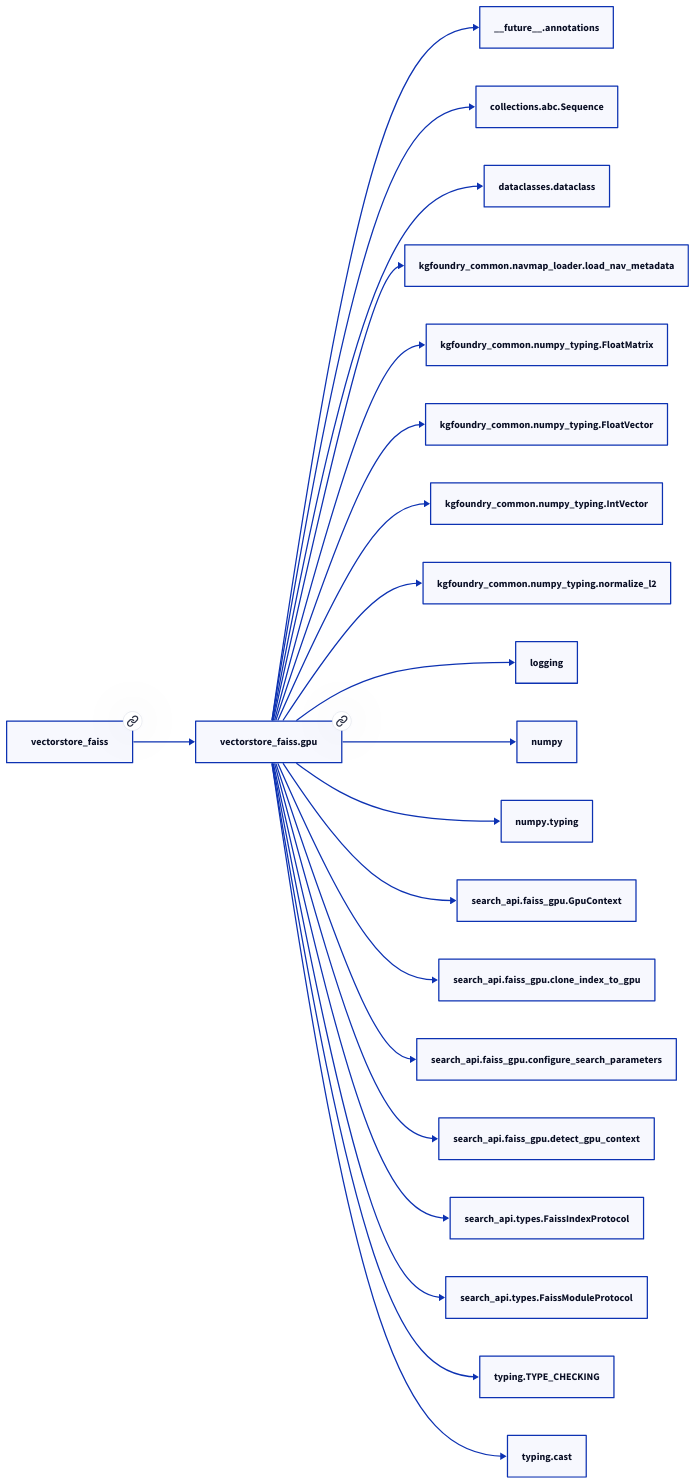
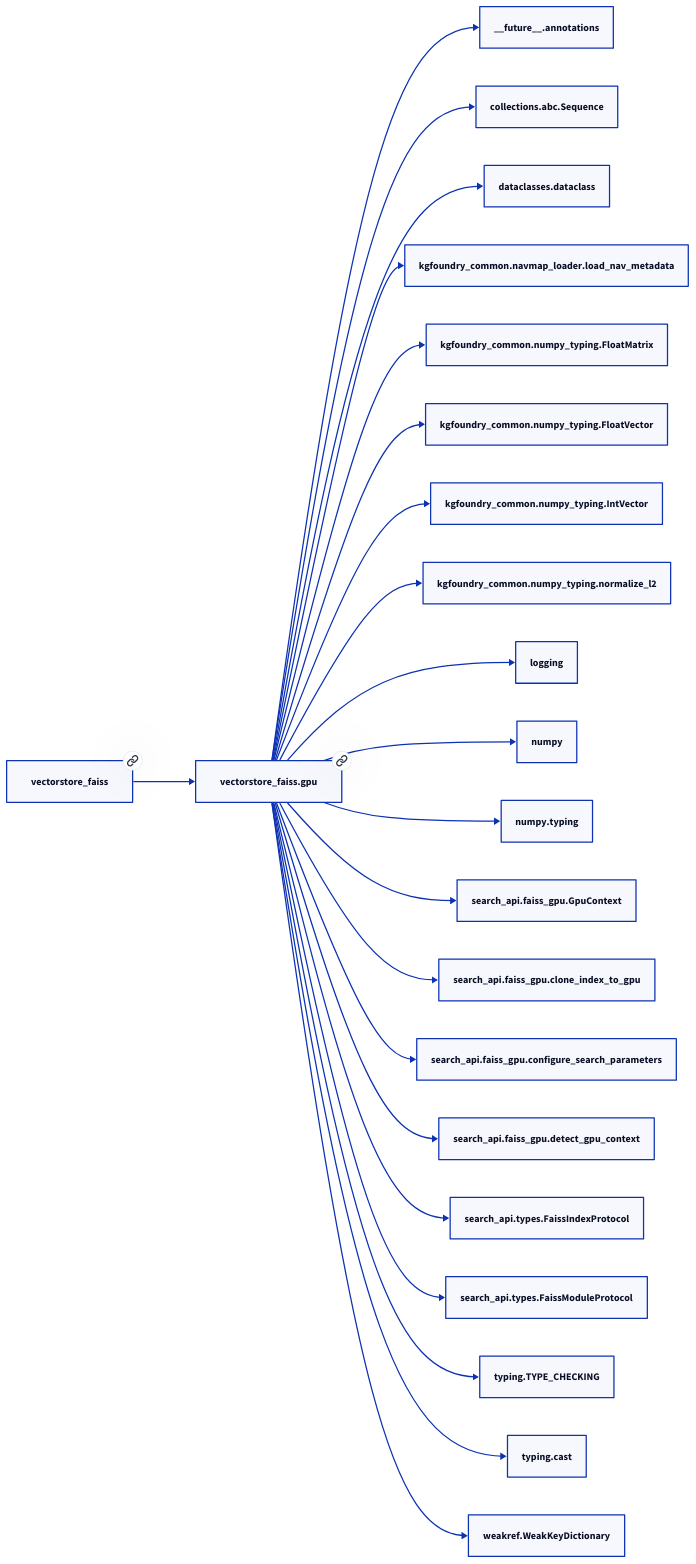
The second of 2 diagrams in docs/modules/vectorstore_faiss/gpu.md (paul-heyse/kgforge), drawn with D2 before and after one commit. The commit also changed other lines of this file and 45 other files, not shown here.

````diff
--- a/docs/modules/vectorstore_faiss/gpu.md
+++ b/docs/modules/vectorstore_faiss/gpu.md
@@ -38,44 +54,46 @@
 ```d2
 direction: right
 "vectorstore_faiss.gpu": "vectorstore_faiss.gpu" { link: "https://github.com/paul-heyse/kgfoundry/blob/main/src/vectorstore_faiss/gpu.py" }
 "__future__.annotations": "__future__.annotations"
 "vectorstore_faiss.gpu" -> "__future__.annotations"
 "collections.abc.Sequence": "collections.abc.Sequence"
 "vectorstore_faiss.gpu" -> "collections.abc.Sequence"
 "dataclasses.dataclass": "dataclasses.dataclass"
 "vectorstore_faiss.gpu" -> "dataclasses.dataclass"
 "kgfoundry_common.navmap_loader.load_nav_metadata": "kgfoundry_common.navmap_loader.load_nav_metadata"
 "vectorstore_faiss.gpu" -> "kgfoundry_common.navmap_loader.load_nav_metadata"
 "kgfoundry_common.numpy_typing.FloatMatrix": "kgfoundry_common.numpy_typing.FloatMatrix"
 "vectorstore_faiss.gpu" -> "kgfoundry_common.numpy_typing.FloatMatrix"
 "kgfoundry_common.numpy_typing.FloatVector": "kgfoundry_common.numpy_typing.FloatVector"
 "vectorstore_faiss.gpu" -> "kgfoundry_common.numpy_typing.FloatVector"
 "kgfoundry_common.numpy_typing.IntVector": "kgfoundry_common.numpy_typing.IntVector"
 "vectorstore_faiss.gpu" -> "kgfoundry_common.numpy_typing.IntVector"
 "kgfoundry_common.numpy_typing.normalize_l2": "kgfoundry_common.numpy_typing.normalize_l2"
 "vectorstore_faiss.gpu" -> "kgfoundry_common.numpy_typing.normalize_l2"
 "logging": "logging"
 "vectorstore_faiss.gpu" -> "logging"
 "numpy": "numpy"
 "vectorstore_faiss.gpu" -> "numpy"
 "numpy.typing": "numpy.typing"
 "vectorstore_faiss.gpu" -> "numpy.typing"
 "search_api.faiss_gpu.GpuContext": "search_api.faiss_gpu.GpuContext"
 "vectorstore_faiss.gpu" -> "search_api.faiss_gpu.GpuContext"
 "search_api.faiss_gpu.clone_index_to_gpu": "search_api.faiss_gpu.clone_index_to_gpu"
 "vectorstore_faiss.gpu" -> "search_api.faiss_gpu.clone_index_to_gpu"
 "search_api.faiss_gpu.configure_search_parameters": "search_api.faiss_gpu.configure_search_parameters"
 "vectorstore_faiss.gpu" -> "search_api.faiss_gpu.configure_search_parameters"
 "search_api.faiss_gpu.detect_gpu_context": "search_api.faiss_gpu.detect_gpu_context"
 "vectorstore_faiss.gpu" -> "search_api.faiss_gpu.detect_gpu_context"
 "search_api.types.FaissIndexProtocol": "search_api.types.FaissIndexProtocol"
 "vectorstore_faiss.gpu" -> "search_api.types.FaissIndexProtocol"
 "search_api.types.FaissModuleProtocol": "search_api.types.FaissModuleProtocol"
 "vectorstore_faiss.gpu" -> "search_api.types.FaissModuleProtocol"
 "typing.TYPE_CHECKING": "typing.TYPE_CHECKING"
 "vectorstore_faiss.gpu" -> "typing.TYPE_CHECKING"
 "typing.cast": "typing.cast"
 "vectorstore_faiss.gpu" -> "typing.cast"
+"weakref.WeakKeyDictionary": "weakref.WeakKeyDictionary"
+"vectorstore_faiss.gpu" -> "weakref.WeakKeyDictionary"
 "vectorstore_faiss": "vectorstore_faiss" { link: "https://github.com/paul-heyse/kgfoundry/blob/main/src/vectorstore_faiss/__init__.py" }
 "vectorstore_faiss" -> "vectorstore_faiss.gpu" { style: dashed }
 ```
````
